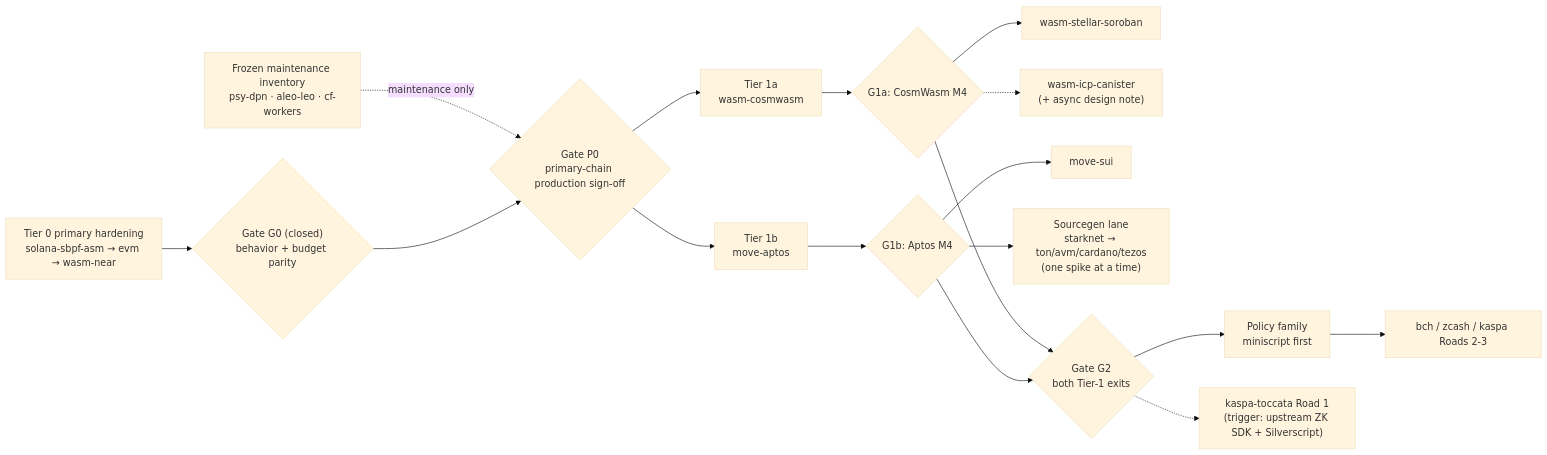
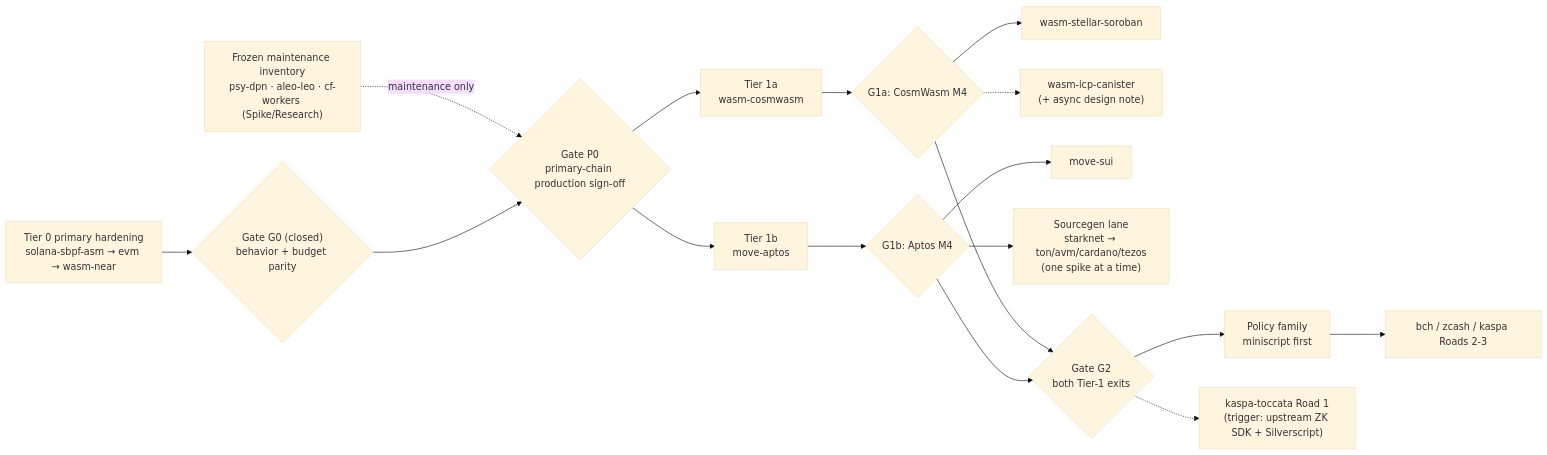
The diagram in docs/target-roadmap.md (yizhinailong/proof_forge), drawn with Mermaid (base theme) before and after one commit. The commit also changed other lines of this file and 12 other files, not shown here.

````diff
--- a/docs/target-roadmap.md
+++ b/docs/target-roadmap.md
@@ -267,32 +267,32 @@
 ```mermaid
 flowchart LR
   T0["Tier 0 primary hardening<br/>solana-sbpf-asm → evm → wasm-near"]
-  AUX["Frozen maintenance inventory<br/>psy-dpn · aleo-leo · cf-workers"]
+  AUX["Frozen maintenance inventory<br/>psy-dpn · aleo-leo · cf-workers (Spike/Research)"]
   G0{"Gate G0 (closed)<br/>behavior + budget parity"}
   P0{"Gate P0<br/>primary-chain production sign-off"}
   CW["Tier 1a<br/>wasm-cosmwasm"]
   AP["Tier 1b<br/>move-aptos"]
   G1a{"G1a: CosmWasm M4"}
   G1b{"G1b: Aptos M4"}
   SOR["wasm-stellar-soroban"]
   ICP["wasm-icp-canister<br/>(+ async design note)"]
   SUI["move-sui"]
   SRC["Sourcegen lane<br/>starknet → ton/avm/cardano/tezos<br/>(one spike at a time)"]
   G2{"Gate G2<br/>both Tier-1 exits"}
   BTC["Policy family<br/>miniscript first"]
   KAS["kaspa-toccata Road 1<br/>(trigger: upstream ZK SDK + Silverscript)"]
   ZC["bch / zcash / kaspa Roads 2-3"]
 
   T0 --> G0
   AUX -. maintenance only .-> P0
   G0 --> P0
   P0 --> CW & AP
   CW --> G1a --> SOR
   G1a -.-> ICP
   AP --> G1b --> SUI
   G1b --> SRC
   G1a & G1b --> G2
   G2 --> BTC
   G2 -.-> KAS
   BTC --> ZC
 ```
````
